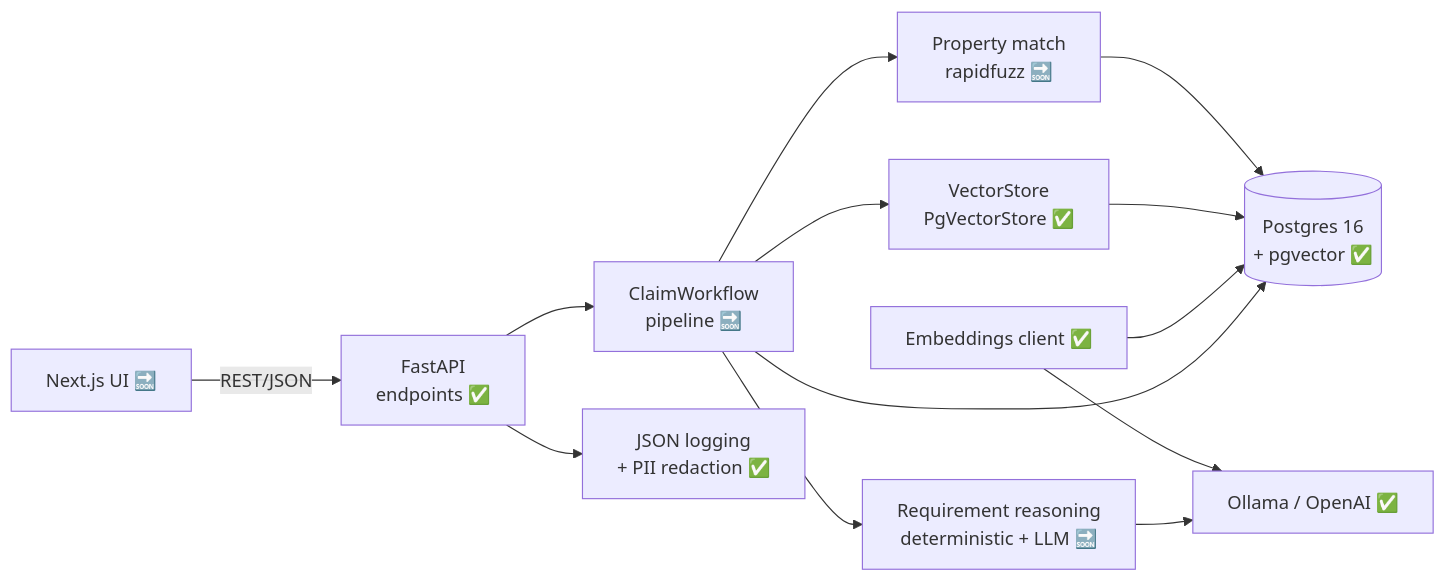
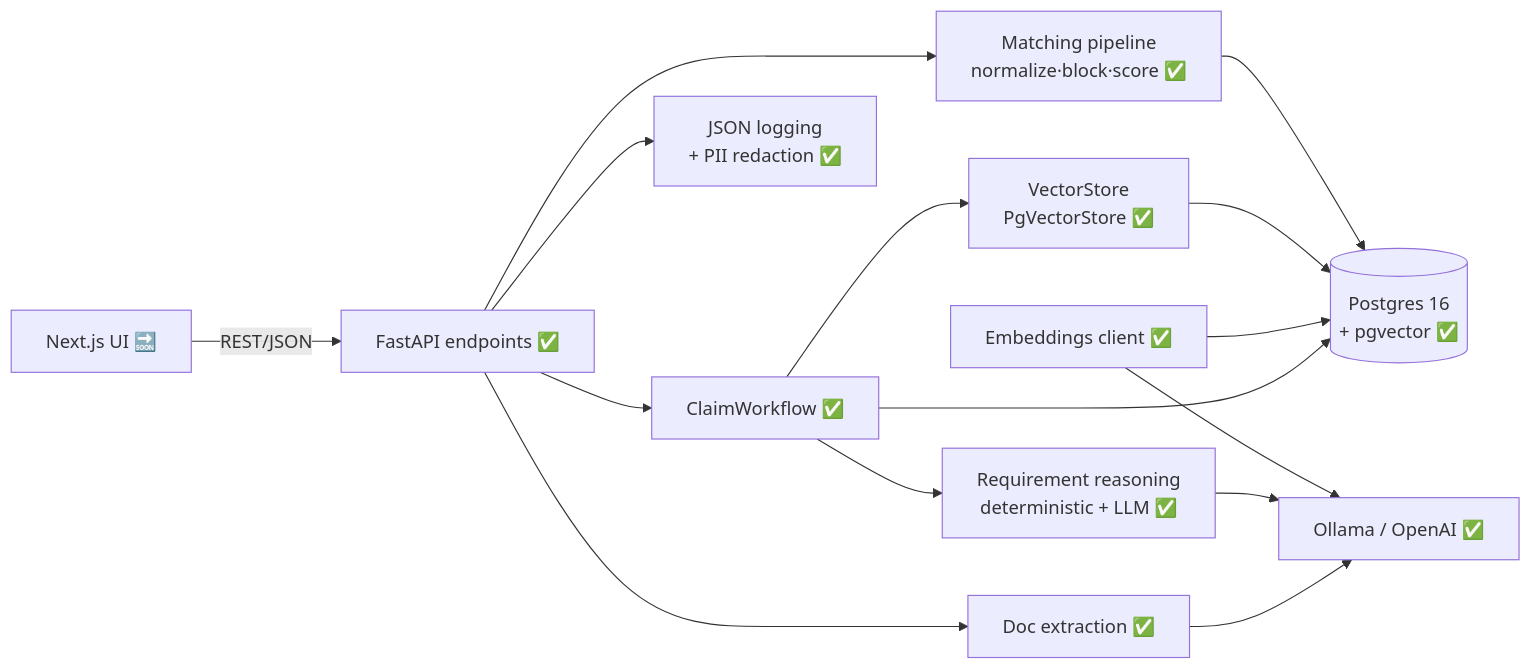
One commit to bragabruno/Claimio-Pilot changed the diagram in README.md. Above: the diagram before and after it, drawn with Mermaid. The commit also changed other lines of this file and 6 other files, not shown here.

````diff
--- a/README.md
+++ b/README.md
@@ -34,15 +30,17 @@
 ```mermaid
 flowchart LR
-    UI["Next.js UI 🔜"] -->|REST/JSON| REST["FastAPI<br/>endpoints ✅"]
-    REST --> WF["ClaimWorkflow<br/>pipeline 🔜"]
+    UI["Next.js UI 🔜"] -->|REST/JSON| REST["FastAPI endpoints ✅"]
+    REST --> MATCH["Matching pipeline<br/>normalize·block·score ✅"]
+    REST --> WF["ClaimWorkflow ✅"]
+    REST --> DOC["Doc extraction ✅"]
     REST --> LOG["JSON logging<br/>+ PII redaction ✅"]
-    WF --> MATCH["Property match<br/>rapidfuzz 🔜"]
     WF --> VS["VectorStore<br/>PgVectorStore ✅"]
-    WF --> REQ["Requirement reasoning<br/>deterministic + LLM 🔜"]
+    WF --> REQ["Requirement reasoning<br/>deterministic + LLM ✅"]
     EMB["Embeddings client ✅"] --> GW["Ollama / OpenAI ✅"]
     REQ --> GW
+    DOC --> GW
     MATCH --> PG[("Postgres 16<br/>+ pgvector ✅")]
     VS --> PG
     EMB --> PG
     WF --> PG
 ```
````
